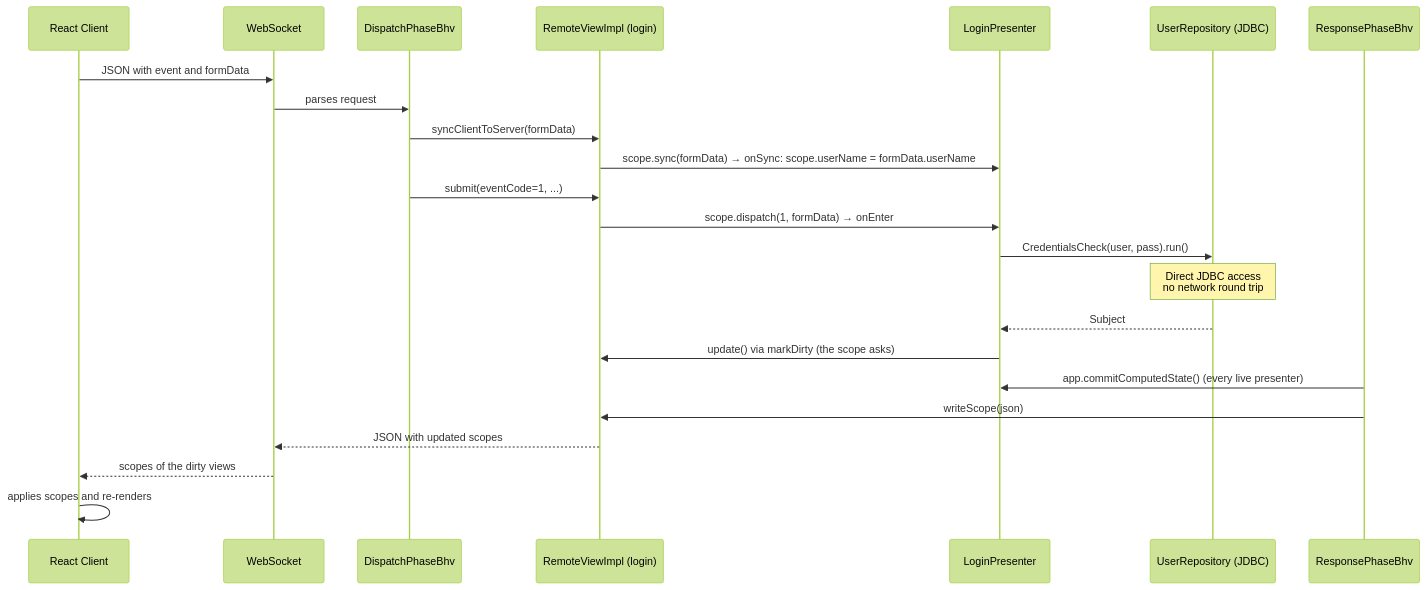
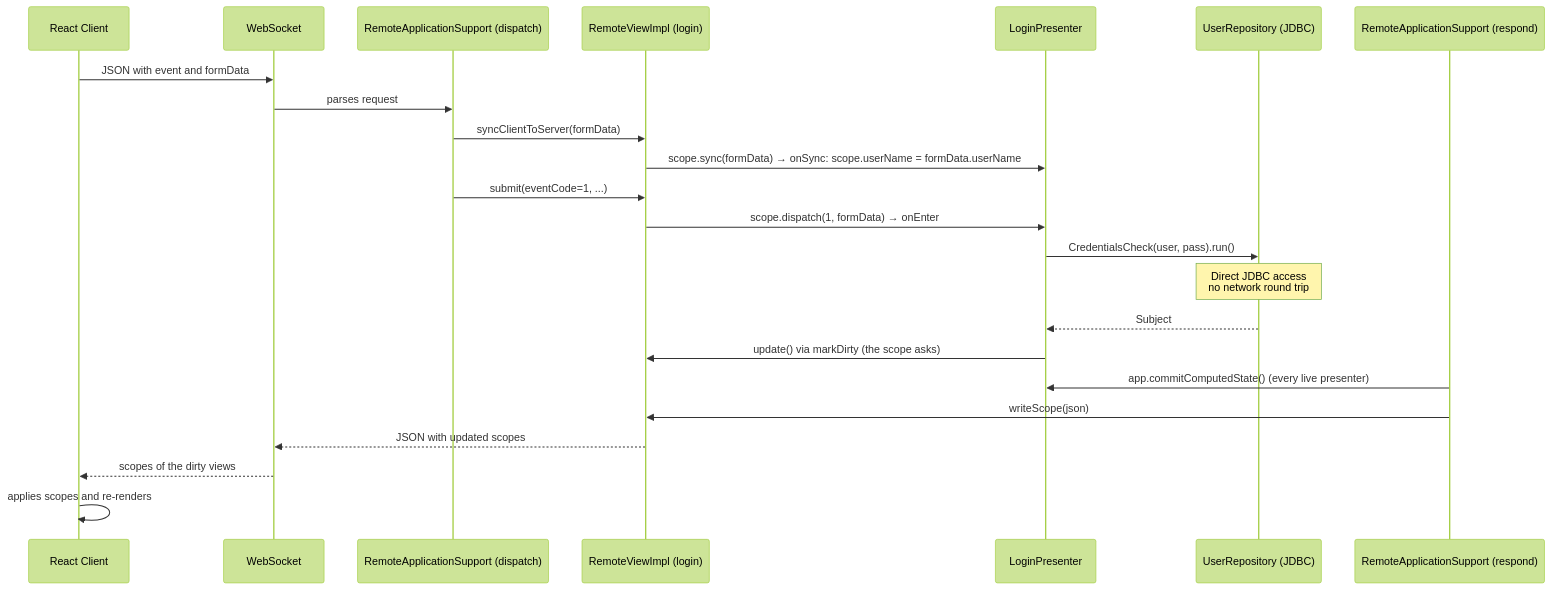
The fourth of 9 diagrams in docs/architecture-react.md (mrcdom/wdc-cube-kotlin), drawn with Mermaid (forest theme) before and after one commit. The commit also changed other lines of this file and 38 other files, not shown here.

````diff
--- a/docs/architecture-react.md
+++ b/docs/architecture-react.md
@@ -144,26 +144,26 @@
 ```mermaid
 sequenceDiagram
     participant Browser as React Client
     participant WS as WebSocket
-    participant Dispatch as DispatchPhaseBhv
+    participant Dispatch as RemoteApplicationSupport (dispatch)
     participant ViewImpl as RemoteViewImpl (login)
     participant Presenter as LoginPresenter
     participant Repo as UserRepository (JDBC)
-    participant Response as ResponsePhaseBhv
+    participant Response as RemoteApplicationSupport (respond)
 
     Browser->>WS: JSON with event and formData
     WS->>Dispatch: parses request
     Dispatch->>ViewImpl: syncClientToServer(formData)
     ViewImpl->>Presenter: scope.sync(formData) → onSync: scope.userName = formData.userName
     Dispatch->>ViewImpl: submit(eventCode=1, ...)
     ViewImpl->>Presenter: scope.dispatch(1, formData) → onEnter
     Presenter->>Repo: CredentialsCheck(user, pass).run()
     Note over Repo: Direct JDBC access<br/>no network round trip
     Repo-->>Presenter: Subject
     Presenter->>ViewImpl: update() via markDirty (the scope asks)
     Response->>Presenter: app.commitComputedState() (every live presenter)
     Response->>ViewImpl: writeScope(json)
     ViewImpl-->>WS: JSON with updated scopes
     WS-->>Browser: scopes of the dirty views
     Browser->>Browser: applies scopes and re-renders
 ```
````
